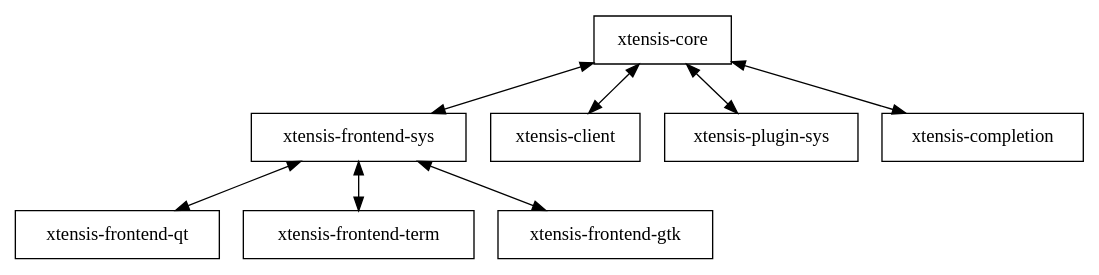
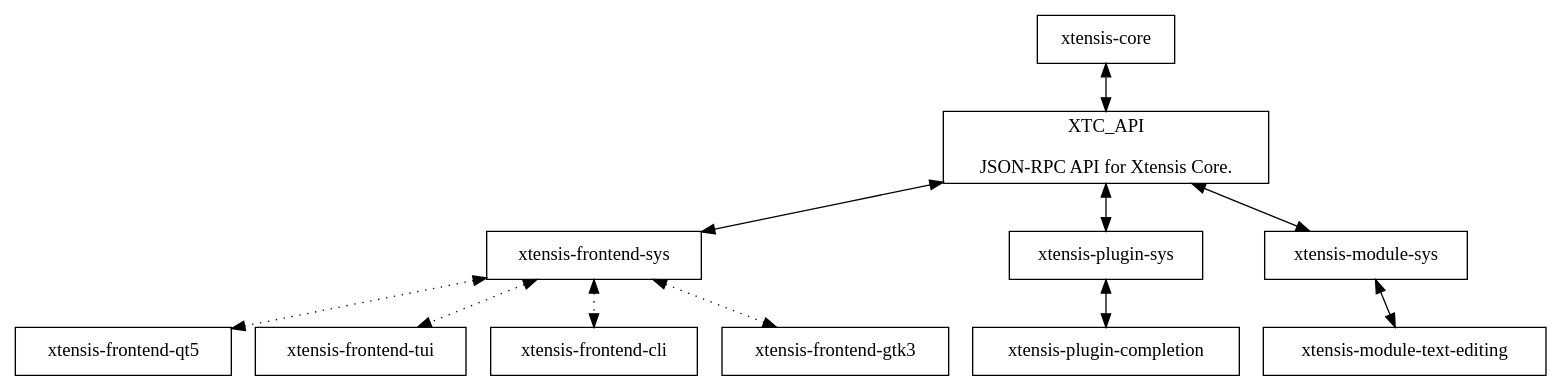
One commit to Xt-Editor/Xt-Editor-Xt-Core changed the diagram in doc/graphviz/core-subsystem.dot. Above: the diagram before and after it, drawn with Graphviz.

Commit message:
Update core design

```diff
--- a/doc/graphviz/core-subsystem.dot
+++ b/doc/graphviz/core-subsystem.dot
@@ -1,22 +1,26 @@
 digraph coresubsys {
-    node[shape=record];
+    node[shape=box];
 
     xtc [label="xtensis-core"];
+    xtcapi [label="XTC_API\n\nJSON-RPC API for Xtensis Core."]
     frontend [label="xtensis-frontend-sys"];
-    qt_frontend [label="xtensis-frontend-qt"];
-    term_frontend [label="xtensis-frontend-term"];
-    gtk_frontend [label="xtensis-frontend-gtk"];
-    client [label="xtensis-client"];
-    plugin [label="xtensis-plugin-sys"];
-    completion [label="xtensis-completion"];
+    qt_frontend [label="xtensis-frontend-qt5"];
+    tui_frontend [label="xtensis-frontend-tui"];
+    cli_frontend [label="xtensis-frontend-cli"]
+    gtk_frontend [label="xtensis-frontend-gtk3"];
+    plugins [label="xtensis-plugin-sys"];
+    text_editing [label="xtensis-module-text-editing"];
+    completion [label="xtensis-plugin-completion"];
+    modules [label="xtensis-module-sys"]
 
-    xtc->frontend [dir="both"];
-    frontend->qt_frontend [dir="both"];
-    frontend->term_frontend [dir="both"];
-    frontend->gtk_frontend [dir="both"];
+    xtc->xtcapi [dir="both"];
 
-    xtc->plugin [dir="both"];
-    xtc->completion [dir="both"];
+    xtcapi->frontend [dir="both"];
+    frontend->{qt_frontend, tui_frontend, gtk_frontend, cli_frontend} [dir="both", style=dotted];
 
-    xtc->client [dir="both"];
+    xtcapi->plugins [dir="both"];
+    plugins->completion [dir="both"];
+
+    xtcapi->modules [dir="both"];
+    modules->text_editing [dir="both"];
 }
```
